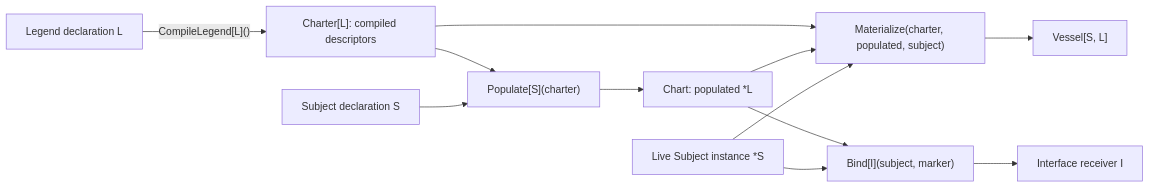
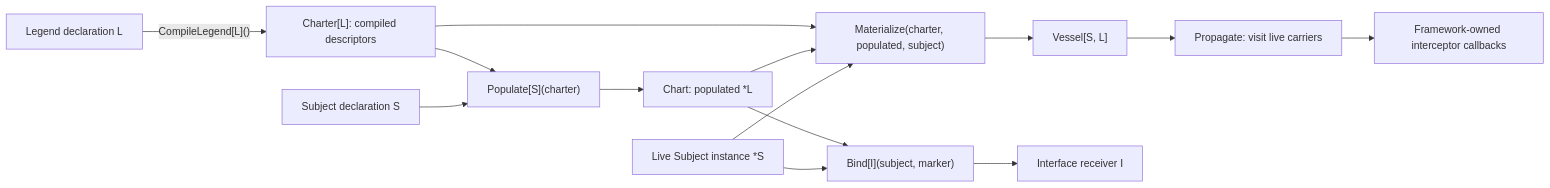
One commit to Qlustra/sail changed the diagram in readme.md. Above: the diagram before and after it, drawn with Mermaid. The commit also changed other lines of this file and 13 other files, not shown here.

````diff
--- a/readme.md
+++ b/readme.md
@@ -88,14 +90,16 @@
 ```mermaid
 flowchart LR
     L["Legend declaration L"] -->|"CompileLegend[L]()"| C["Charter[L]: compiled descriptors"]
     C --> P["Populate[S](charter)"]
     S["Subject declaration S"] --> P
     P --> T["Chart: populated *L"]
     C --> M["Materialize(charter, populated, subject)"]
     T --> M
     I["Live Subject instance *S"] --> M
     M --> V["Vessel[S, L]"]
     T --> B["Bind[I](subject, marker)"]
     I --> B
     B --> R["Interface receiver I"]
+    V --> W["Propagate: visit live carriers"]
+    W --> H["Framework-owned interceptor callbacks"]
 ```
````
